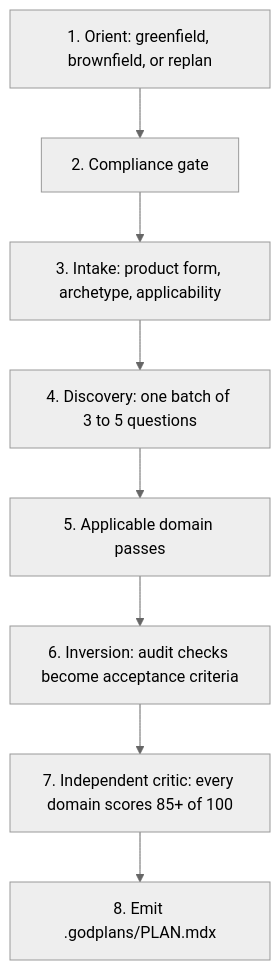
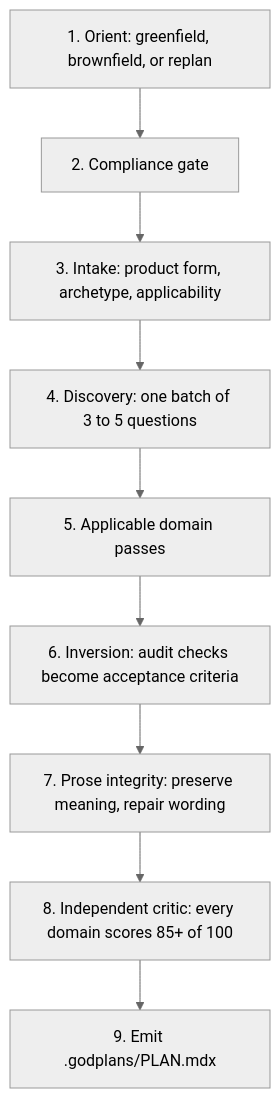
Before and after one commit to hannsxpeter/godplans: the diagram in docs/ABOUT.md, drawn with Mermaid (neutral theme). The commit also changed other lines of this file and 16 other files, not shown here.

Commit message:
feat: add prose integrity planning pass (1.13.0)

````diff
--- a/docs/ABOUT.md
+++ b/docs/ABOUT.md
@@ -38,10 +38,11 @@
 ```mermaid
 graph TD
   A[1. Orient: greenfield, brownfield, or replan] --> B[2. Compliance gate]
   B --> C[3. Intake: product form, archetype, applicability]
   C --> D[4. Discovery: one batch of 3 to 5 questions]
   D --> E[5. Applicable domain passes]
   E --> F[6. Inversion: audit checks become acceptance criteria]
-  F --> G[7. Independent critic: every domain scores 85+ of 100]
-  G --> H[8. Emit .godplans/PLAN.mdx]
+  F --> G[7. Prose integrity: preserve meaning, repair wording]
+  G --> H[8. Independent critic: every domain scores 85+ of 100]
+  H --> I[9. Emit .godplans/PLAN.mdx]
 ```
````
